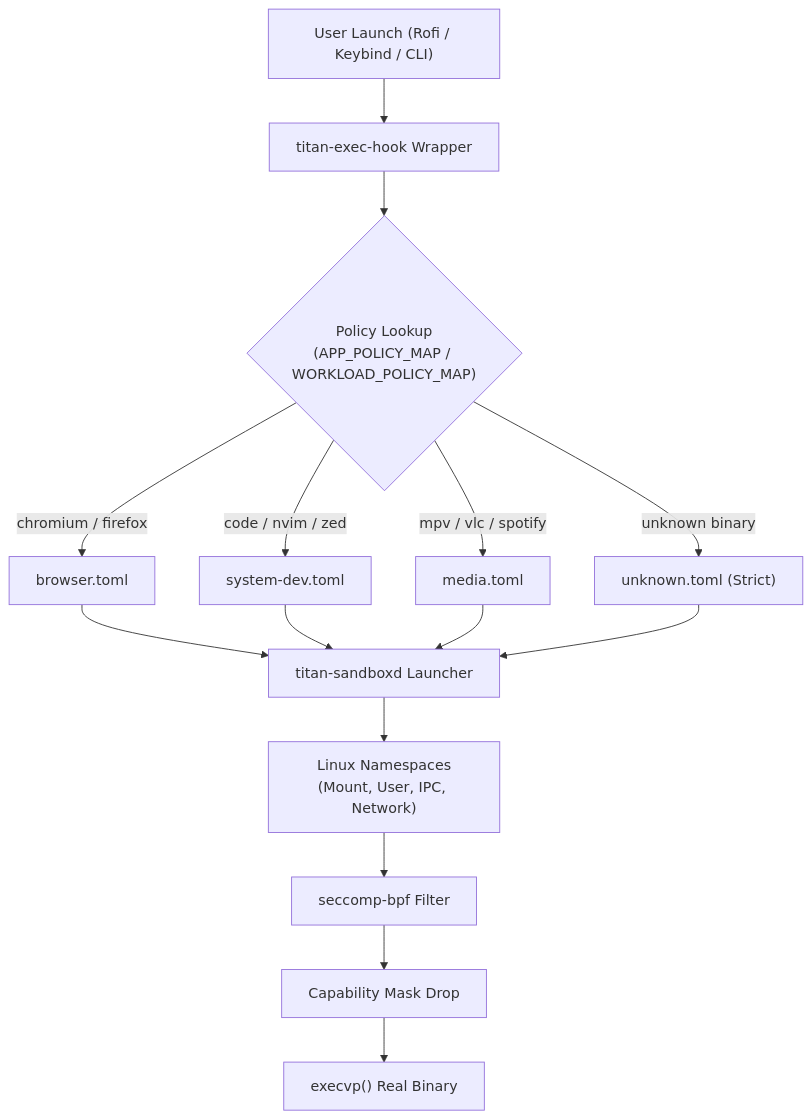
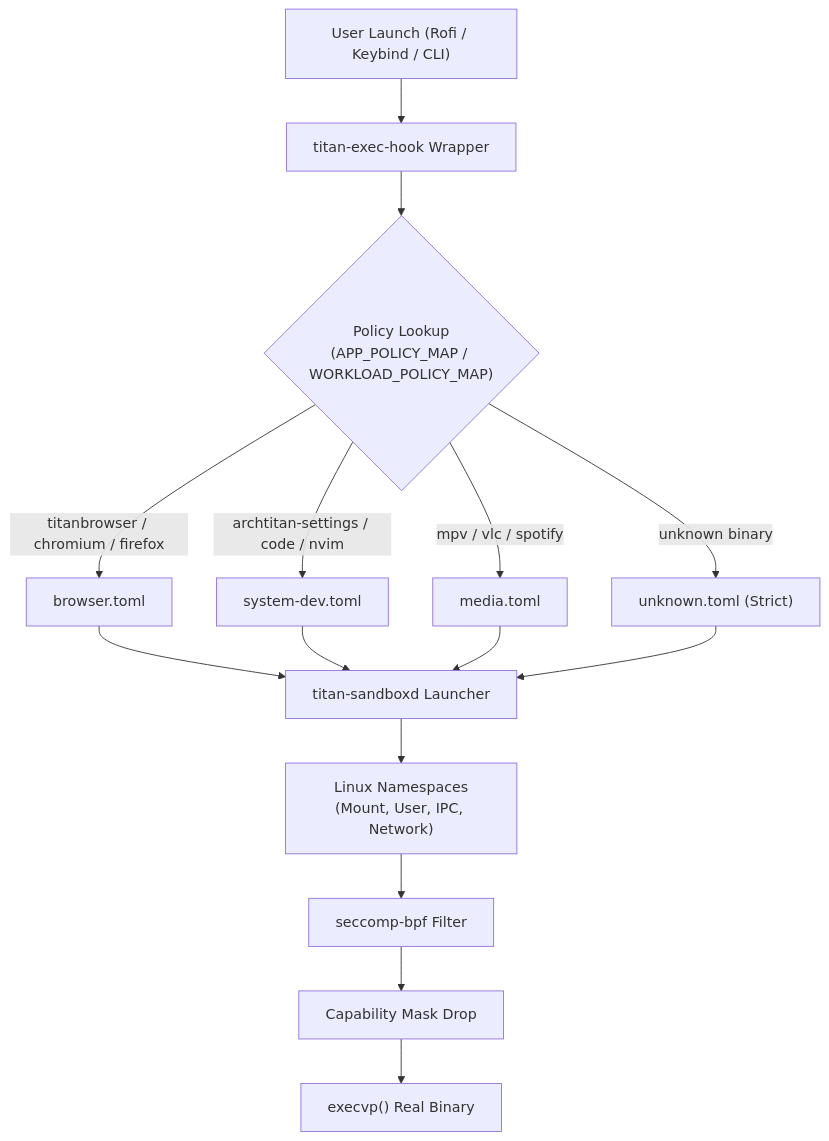
Before and after one commit to GitGuru29/archtitan-os: the diagram in wiki/Titan-Sandbox.md, drawn with Mermaid. The commit also changed other lines of this file and 13 other files, not shown here.

Commit message:
docs(wiki): update wiki documentation with latest components and architectural details

````diff
--- a/wiki/Titan-Sandbox.md
+++ b/wiki/Titan-Sandbox.md
@@ -15,20 +15,20 @@
 ```mermaid
 flowchart TD
     LAUNCH["User Launch (Rofi / Keybind / CLI)"] --> HOOK["titan-exec-hook Wrapper"]
     HOOK --> MAP{"Policy Lookup<br>(APP_POLICY_MAP / WORKLOAD_POLICY_MAP)"}
     
-    MAP -->|chromium / firefox| BROWSER["browser.toml"]
-    MAP -->|code / nvim / zed| DEV["system-dev.toml"]
+    MAP -->|titanbrowser / chromium / firefox| BROWSER["browser.toml"]
+    MAP -->|archtitan-settings / code / nvim| DEV["system-dev.toml"]
     MAP -->|mpv / vlc / spotify| MEDIA["media.toml"]
     MAP -->|unknown binary| DEFAULT["unknown.toml (Strict)"]
 
     BROWSER --> DAEMON["titan-sandboxd Launcher"]
     DEV --> DAEMON
     MEDIA --> DAEMON
     DEFAULT --> DAEMON
 
     DAEMON --> NS["Linux Namespaces<br>(Mount, User, IPC, Network)"]
     NS --> SEC["seccomp-bpf Filter"]
     SEC --> CAP["Capability Mask Drop"]
     CAP --> EXEC["execvp() Real Binary"]
 ```
````
